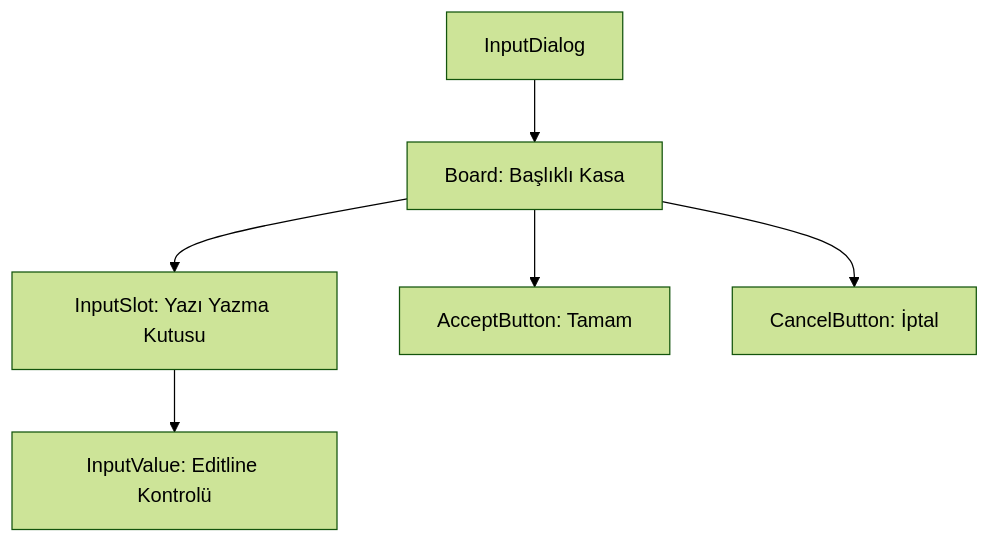
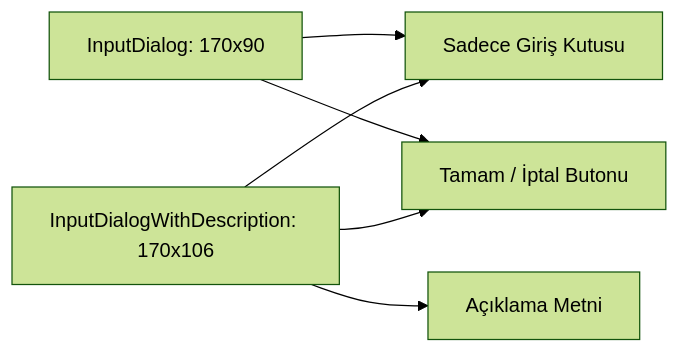
Before and after one commit to Engin622/Metin2-Pack-Agent-Skills: the diagram in uiscript/inputdialog/skills.md, drawn with Mermaid (forest theme). The commit also changed other lines of this file and 65 other files, not shown here.

````diff
--- a/uiscript/inputdialog/skills.md
+++ b/uiscript/inputdialog/skills.md
@@ -33,8 +32,9 @@
 ```mermaid
-graph TD
-    A[InputDialog] --> B[Board: Başlıklı Kasa]
-    B --> C[InputSlot: Yazı Yazma Kutusu]
-    C --> C1[InputValue: Editline Kontrolü]
-    B --> D[AcceptButton: Tamam]
-    B --> E[CancelButton: İptal]
+graph LR
+    A[InputDialog: 170x90] --> B[Sadece Giriş Kutusu]
+    A --> C[Tamam / İptal Butonu]
+    
+    D[InputDialogWithDescription: 170x106] --> E[Açıklama Metni]
+    D --> B
+    D --> C
 ```
````
